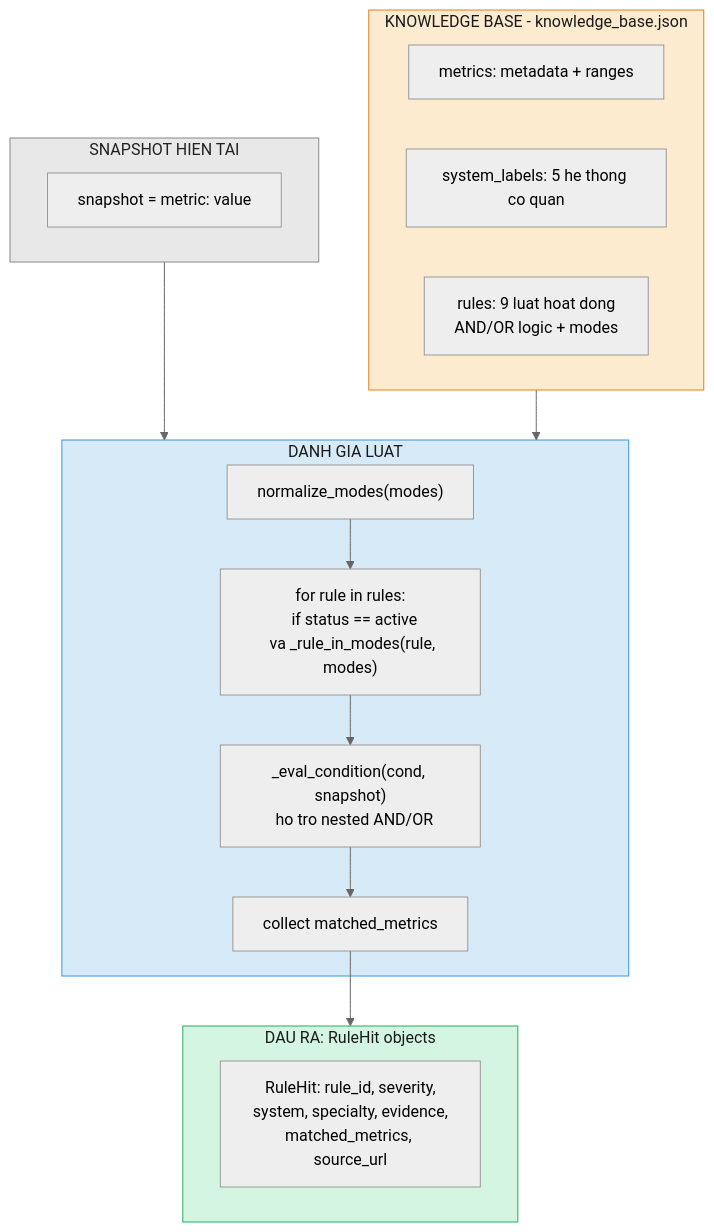
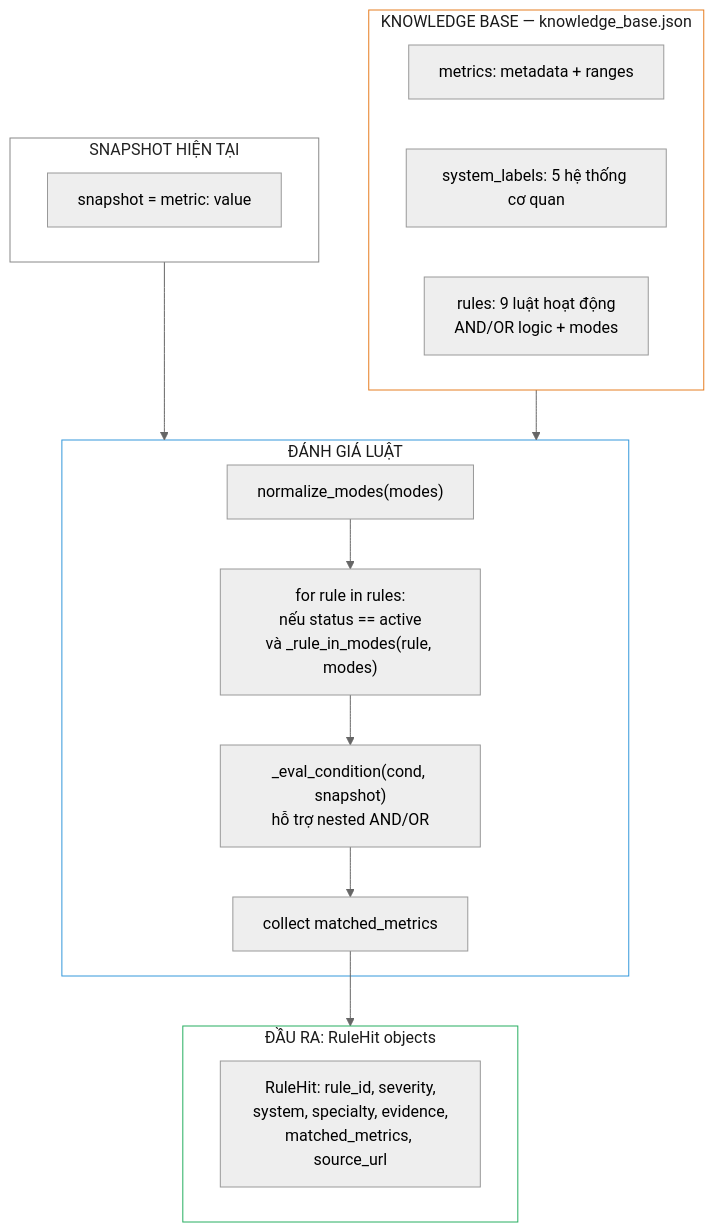
The diagram in docs/figures/fig9_tier2_rules.mmd (dotlinux26/health-risk-early-warning), drawn with Mermaid (neutral theme) before and after one commit. The commit also changed 8 other files, not shown here.

Commit message:
fig7-10: đổi sang mermaid block, tiếng Việt đủ dấu, bỏ nền; xóa plot matplotlib

```diff
--- a/docs/figures/fig9_tier2_rules.mmd
+++ b/docs/figures/fig9_tier2_rules.mmd
@@ -1,39 +1,33 @@
 flowchart TB
-    subgraph SNAP["SNAPSHOT HIEN TAI"]
+    subgraph SNAP["SNAPSHOT HIỆN TẠI"]
         S1["snapshot = metric: value"]
     end
 
-    subgraph KB["KNOWLEDGE BASE - knowledge_base.json"]
+    subgraph KB["KNOWLEDGE BASE — knowledge_base.json"]
         K1["metrics: metadata + ranges"]
-        K2["system_labels: 5 he thong co quan"]
-        K3["rules: 9 luat hoat dong
-AND/OR logic + modes"]
+        K2["system_labels: 5 hệ thống cơ quan"]
+        K3["rules: 9 luật hoạt động<br/>AND/OR logic + modes"]
     end
 
-    subgraph EVAL["DANH GIA LUAT"]
+    subgraph EVAL["ĐÁNH GIÁ LUẬT"]
         E1["normalize_modes(modes)"]
-        E2["for rule in rules:
-  if status == active
-  va _rule_in_modes(rule, modes)"]
-        E3["_eval_condition(cond, snapshot)
-  ho tro nested AND/OR"]
+        E2["for rule in rules:<br/>nếu status == active<br/>và _rule_in_modes(rule, modes)"]
+        E3["_eval_condition(cond, snapshot)<br/>hỗ trợ nested AND/OR"]
         E4["collect matched_metrics"]
     end
 
-    subgraph OUT["DAU RA: RuleHit objects"]
-        O1["RuleHit: rule_id, severity,
-system, specialty, evidence,
-matched_metrics, source_url"]
+    subgraph OUT["ĐẦU RA: RuleHit objects"]
+        O1["RuleHit: rule_id, severity,<br/>system, specialty, evidence,<br/>matched_metrics, source_url"]
     end
 
     SNAP --> EVAL
     KB --> EVAL
     E1 --> E2
     E2 --> E3
     E3 --> E4
     E4 --> OUT
 
-    style SNAP fill:#e8e8e8,stroke:#888888,color:#222222
-    style KB fill:#fdebd0,stroke:#e67e22,color:#1a1a1a
-    style EVAL fill:#d6eaf8,stroke:#3498db,color:#1a1a1a
-    style OUT fill:#d5f5e3,stroke:#27ae60,color:#1a1a1a
+    style SNAP fill:#ffffff,stroke:#888888,color:#222222
+    style KB fill:#ffffff,stroke:#e67e22,color:#1a1a1a
+    style EVAL fill:#ffffff,stroke:#3498db,color:#1a1a1a
+    style OUT fill:#ffffff,stroke:#27ae60,color:#1a1a1a
```
